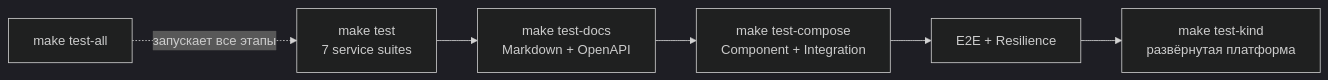
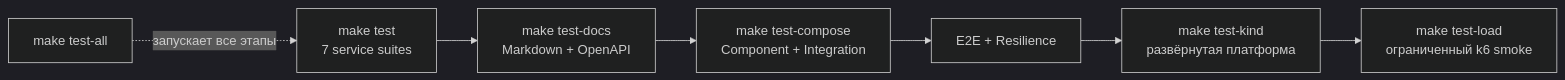
The second of 2 diagrams in README.ru.md (ifdancoder/pet-payment-billing-platform), drawn with Mermaid (dark theme) before and after one commit. The commit also changed other lines of this file and 14 other files, not shown here.

````diff
--- a/README.ru.md
+++ b/README.ru.md
@@ -252,8 +256,9 @@
 ```mermaid
 flowchart LR
     A[make test<br/>7 service suites] --> B[make test-docs<br/>Markdown + OpenAPI]
     B --> C[make test-compose<br/>Component + Integration]
     C --> D[E2E + Resilience]
     D --> E[make test-kind<br/>развёрнутая платформа]
+    E --> F[make test-load<br/>ограниченный k6 smoke]
     All[make test-all] -. запускает все этапы .-> A
 ```
````
